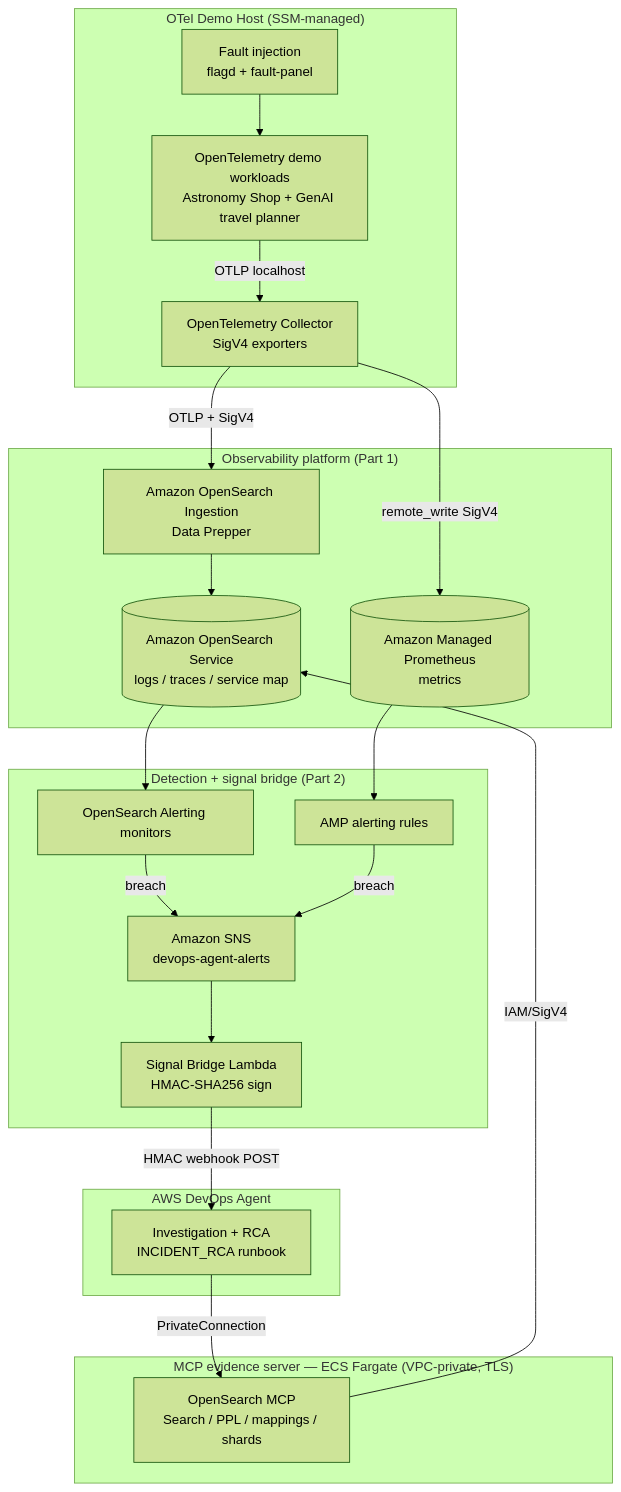
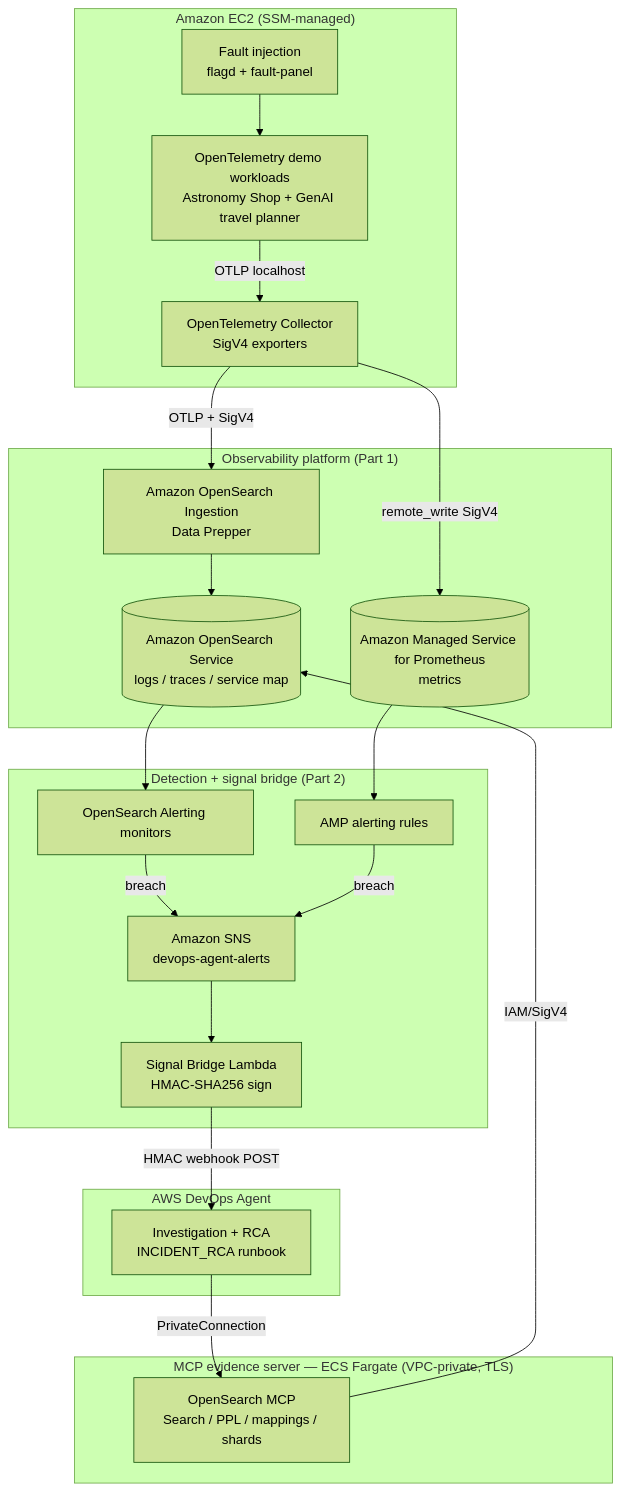
The diagram in docs/images/architecture.mmd (aws-samples/sample-aws-opensearch-devops-agent), drawn with Mermaid (forest theme) before and after one commit. The commit also changed 18 other files, not shown here.

First line of the commit message:
docs: concise README with official AWS service names and AWS-icon architecture diagram

```diff
--- a/docs/images/architecture.mmd
+++ b/docs/images/architecture.mmd
@@ -1,44 +1,44 @@
 %% Autonomous Monitoring using Amazon OpenSearch Service and AWS DevOps Agent
 %% Render to PNG:  mmdc -i architecture.mmd -o architecture.png -b transparent
 %% (mmdc = @mermaid-js/mermaid-cli).  GitHub also renders this inline in Markdown.
 graph TD
-    subgraph EC2["OTel Demo Host (SSM-managed)"]
+    subgraph EC2["Amazon EC2 (SSM-managed)"]
         DEMO["OpenTelemetry demo workloads<br/>Astronomy Shop + GenAI travel planner"]
         FLAGS["Fault injection<br/>flagd + fault-panel"]
         OTEL["OpenTelemetry Collector<br/>SigV4 exporters"]
         FLAGS --> DEMO
         DEMO -->|OTLP localhost| OTEL
     end
 
     subgraph PLATFORM["Observability platform (Part 1)"]
         OSIS["Amazon OpenSearch Ingestion<br/>Data Prepper"]
         OS[("Amazon OpenSearch Service<br/>logs / traces / service map")]
-        AMP[("Amazon Managed Prometheus<br/>metrics")]
+        AMP[("Amazon Managed Service for Prometheus<br/>metrics")]
     end
 
     subgraph DETECT["Detection + signal bridge (Part 2)"]
         MON["OpenSearch Alerting monitors"]
         RULE["AMP alerting rules"]
         SNS["Amazon SNS<br/>devops-agent-alerts"]
         LAMBDA["Signal Bridge Lambda<br/>HMAC-SHA256 sign"]
     end
 
     subgraph AGENT["AWS DevOps Agent"]
         DOA["Investigation + RCA<br/>INCIDENT_RCA runbook"]
     end
 
     subgraph MCP["MCP evidence server — ECS Fargate (VPC-private, TLS)"]
         MCPOS["OpenSearch MCP<br/>Search / PPL / mappings / shards"]
     end
 
     OTEL -->|OTLP + SigV4| OSIS
     OTEL -->|remote_write SigV4| AMP
     OSIS --> OS
     OS --> MON
     AMP --> RULE
     MON -->|breach| SNS
     RULE -->|breach| SNS
     SNS --> LAMBDA
     LAMBDA -->|HMAC webhook POST| DOA
     DOA -->|PrivateConnection| MCPOS
     MCPOS -->|IAM/SigV4| OS
```
